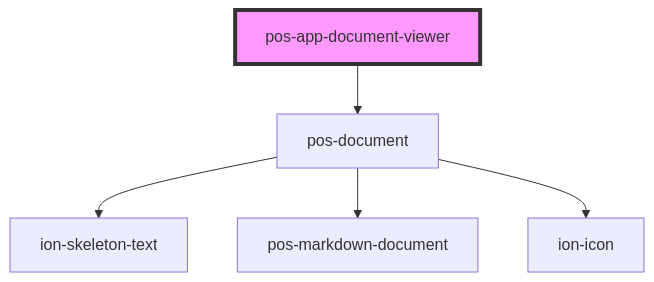
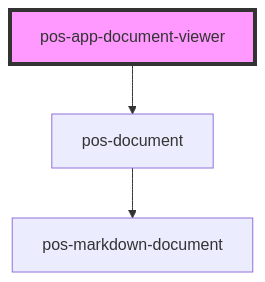
Before and after one commit to pod-os/PodOS: the diagram in docs/elements/apps/pos-app-document-viewer/readme.md, drawn with Mermaid. The commit also changed 31 other files, not shown here.

````diff
--- a/docs/elements/apps/pos-app-document-viewer/readme.md
+++ b/docs/elements/apps/pos-app-document-viewer/readme.md
@@ -22,8 +22,6 @@
 ```mermaid
 graph TD;
   pos-app-document-viewer --> pos-document
-  pos-document --> ion-skeleton-text
   pos-document --> pos-markdown-document
-  pos-document --> ion-icon
   style pos-app-document-viewer fill:#f9f,stroke:#333,stroke-width:4px
 ```
````
